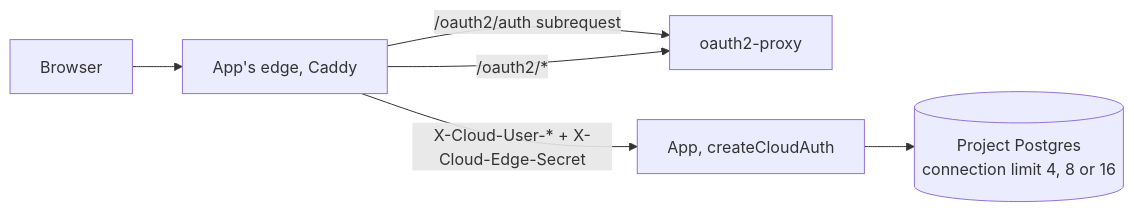
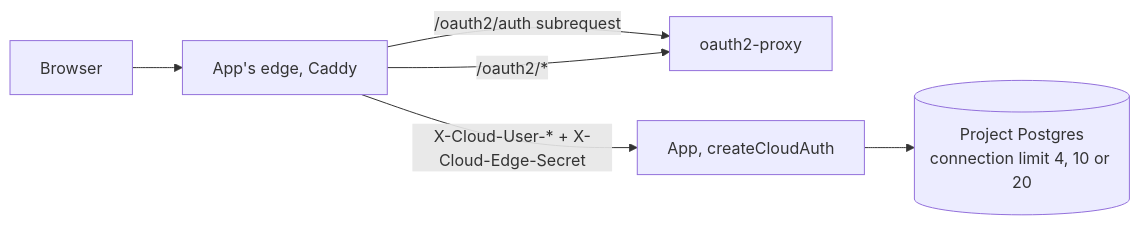
Before and after one commit to ViktorBarzin/app-kit: the first of 7 diagrams in docs/stack.md, drawn with Mermaid. The commit also changed other lines of this file and 1 other file, not shown here.

````diff
--- a/docs/stack.md
+++ b/docs/stack.md
@@ -98,8 +98,8 @@
 ```mermaid
 flowchart LR
   B[Browser] --> E["App's edge, Caddy"]
   E -- "/oauth2/auth subrequest" --> O[oauth2-proxy]
   E -- "/oauth2/*" --> O
   E -- "X-Cloud-User-* + X-Cloud-Edge-Secret" --> A["App, createCloudAuth"]
-  A --> PG[("Project Postgres<br/>connection limit 4, 8 or 16")]
+  A --> PG[("Project Postgres<br/>connection limit 4, 10 or 20")]
 ```
````
